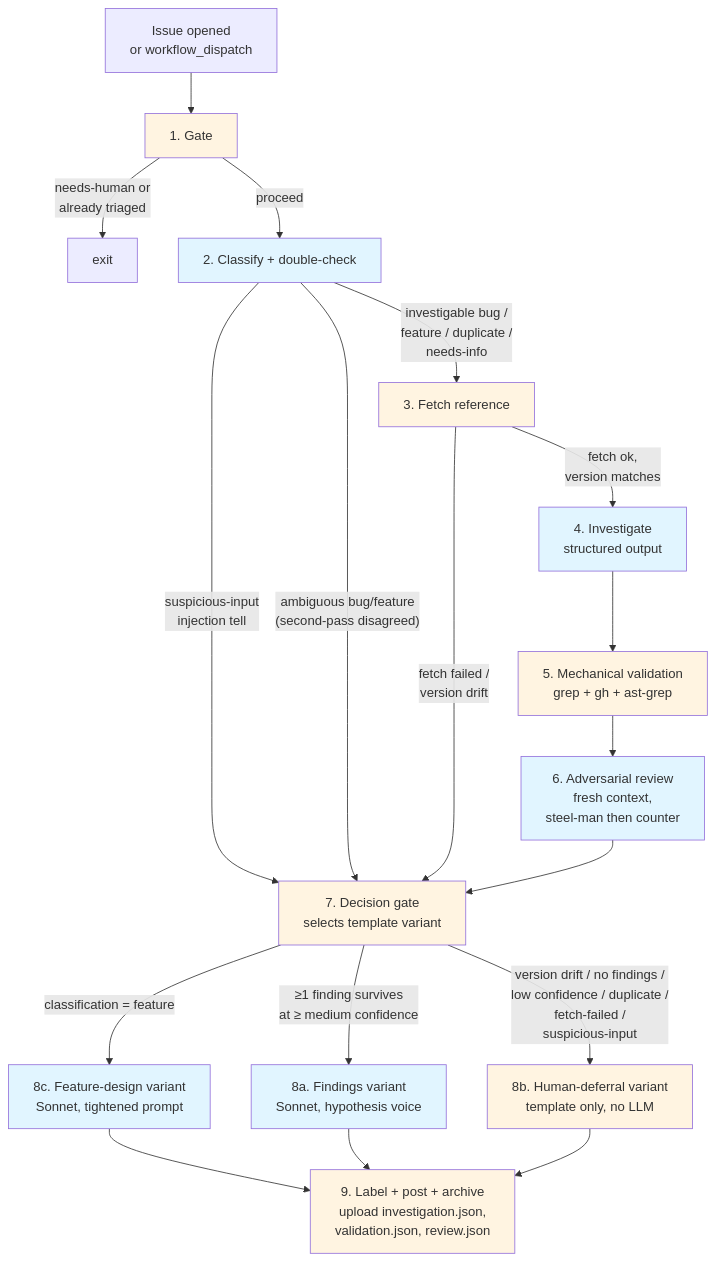
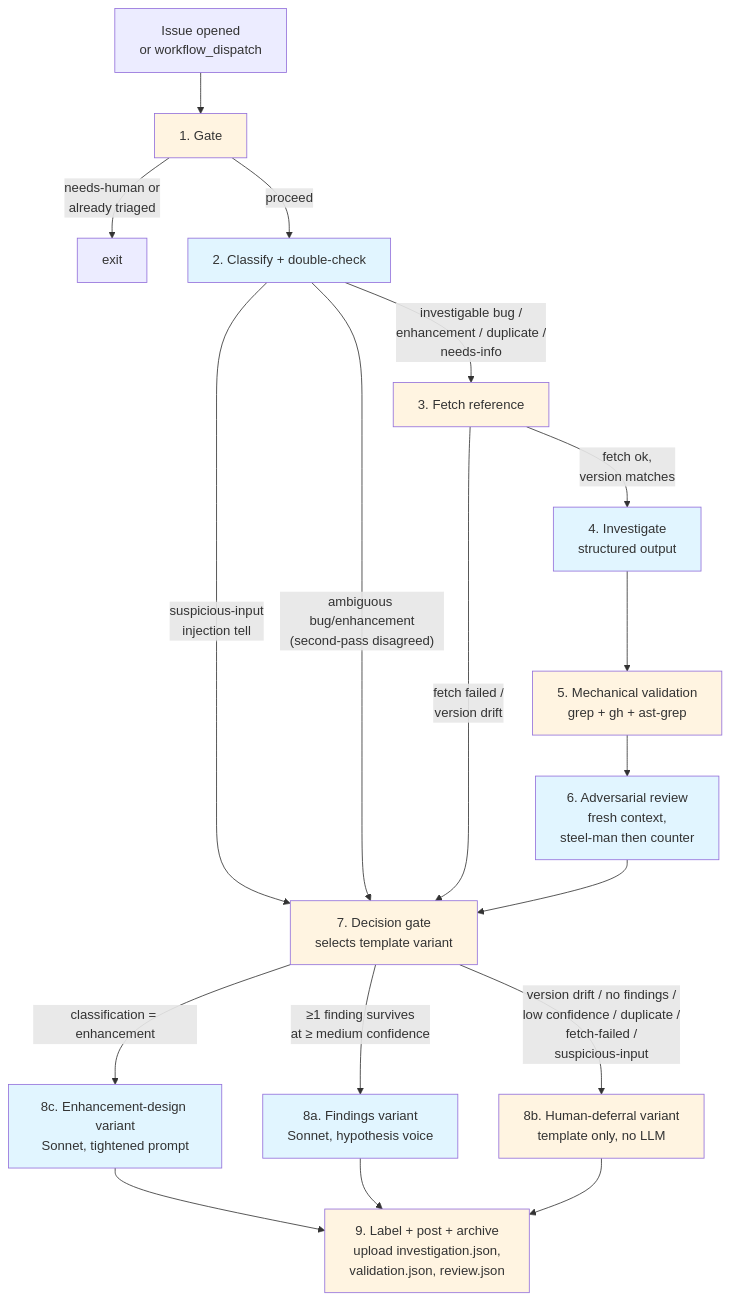
Before and after one commit to aaddrick/claude-desktop-debian: the first of 2 diagrams in docs/issue-triage/README.md, drawn with Mermaid. The commit also changed other lines of this file and 9 other files, not shown here.

````diff
--- a/docs/issue-triage/README.md
+++ b/docs/issue-triage/README.md
@@ -94,32 +94,32 @@
 ```mermaid
 flowchart TD
     A[Issue opened<br/>or workflow_dispatch] --> B[1. Gate]
     B -->|needs-human or<br/>already triaged| Z[exit]
     B -->|proceed| C[2. Classify + double-check]
     C -->|suspicious-input<br/>injection tell| H
-    C -->|"ambiguous bug/feature<br/>(second-pass disagreed)"| H
-    C -->|investigable bug /<br/>feature / duplicate /<br/>needs-info| D[3. Fetch reference]
+    C -->|"ambiguous bug/enhancement<br/>(second-pass disagreed)"| H
+    C -->|investigable bug /<br/>enhancement / duplicate /<br/>needs-info| D[3. Fetch reference]
     D -->|fetch ok,<br/>version matches| E[4. Investigate<br/>structured output]
     D -->|fetch failed /<br/>version drift| H
     E --> F[5. Mechanical validation<br/>grep + gh + ast-grep]
     F --> G[6. Adversarial review<br/>fresh context,<br/>steel-man then counter]
     G --> H[7. Decision gate<br/>selects template variant]
-    H -->|classification = feature| I1[8c. Feature-design variant<br/>Sonnet, tightened prompt]
+    H -->|classification = enhancement| I1[8c. Enhancement-design variant<br/>Sonnet, tightened prompt]
     H -->|≥1 finding survives<br/>at ≥ medium confidence| I2[8a. Findings variant<br/>Sonnet, hypothesis voice]
     H -->|version drift / no findings /<br/>low confidence / duplicate /<br/>fetch-failed /<br/>suspicious-input| I3[8b. Human-deferral variant<br/>template only, no LLM]
     I1 --> L[9. Label + post + archive<br/>upload investigation.json,<br/>validation.json, review.json]
     I2 --> L
     I3 --> L
 
     style C fill:#e1f5ff
     style E fill:#e1f5ff
     style G fill:#e1f5ff
     style I1 fill:#e1f5ff
     style I2 fill:#e1f5ff
     style B fill:#fff4e1
     style D fill:#fff4e1
     style F fill:#fff4e1
     style H fill:#fff4e1
     style I3 fill:#fff4e1
     style L fill:#fff4e1
 ```
````
